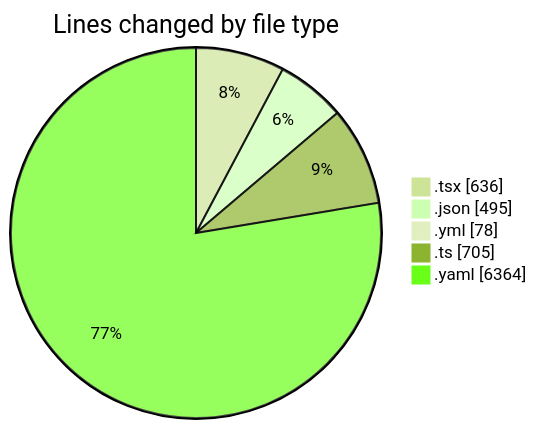
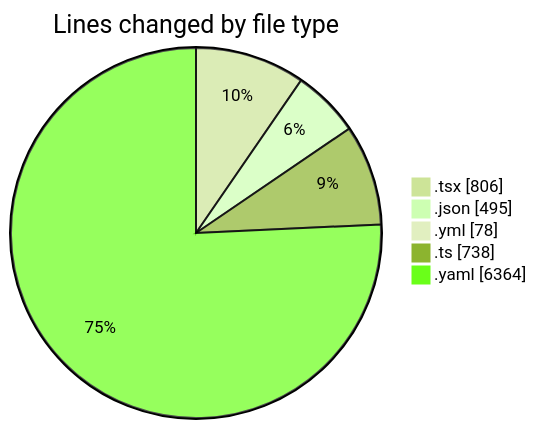
The first of 2 diagrams in 2025-11-27/eventscop-frontend-guide__workspace_/README.md (julien-gomy/code-tracking), drawn with Mermaid (forest theme) before and after one commit. The commit also changed other lines of this file and 1 other file, not shown here.

````diff
--- a/2025-11-27/eventscop-frontend-guide__workspace_/README.md
+++ b/2025-11-27/eventscop-frontend-guide__workspace_/README.md
@@ -42,9 +44,9 @@
 ```mermaid
 pie showData
 title Lines changed by file type
-".tsx" : 636
+".tsx" : 806
 ".json" : 495
 ".yml" : 78
-".ts" : 705
+".ts" : 738
 ".yaml" : 6364
 ```
````
